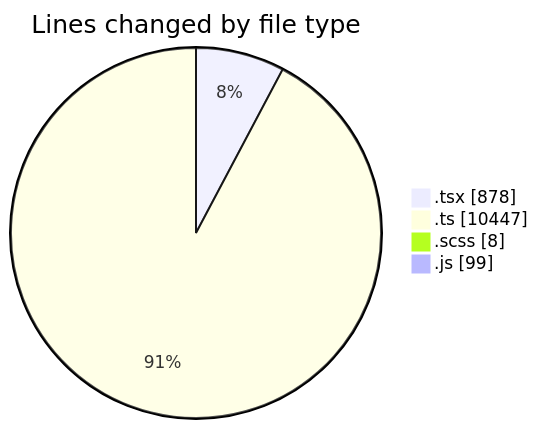
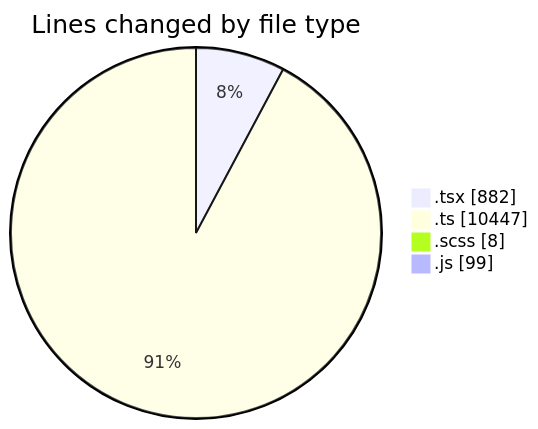
The first of 2 diagrams in 2025-03-26/cda/README.md (momahboobian/code-tracking), drawn with Mermaid before and after one commit. The commit also changed other lines of this file and 1 other file, not shown here.

````diff
--- a/2025-03-26/cda/README.md
+++ b/2025-03-26/cda/README.md
@@ -41,8 +41,8 @@
 ```mermaid
 pie showData
 title Lines changed by file type
-".tsx" : 878
+".tsx" : 882
 ".ts" : 10447
 ".scss" : 8
 ".js" : 99
 ```
````
